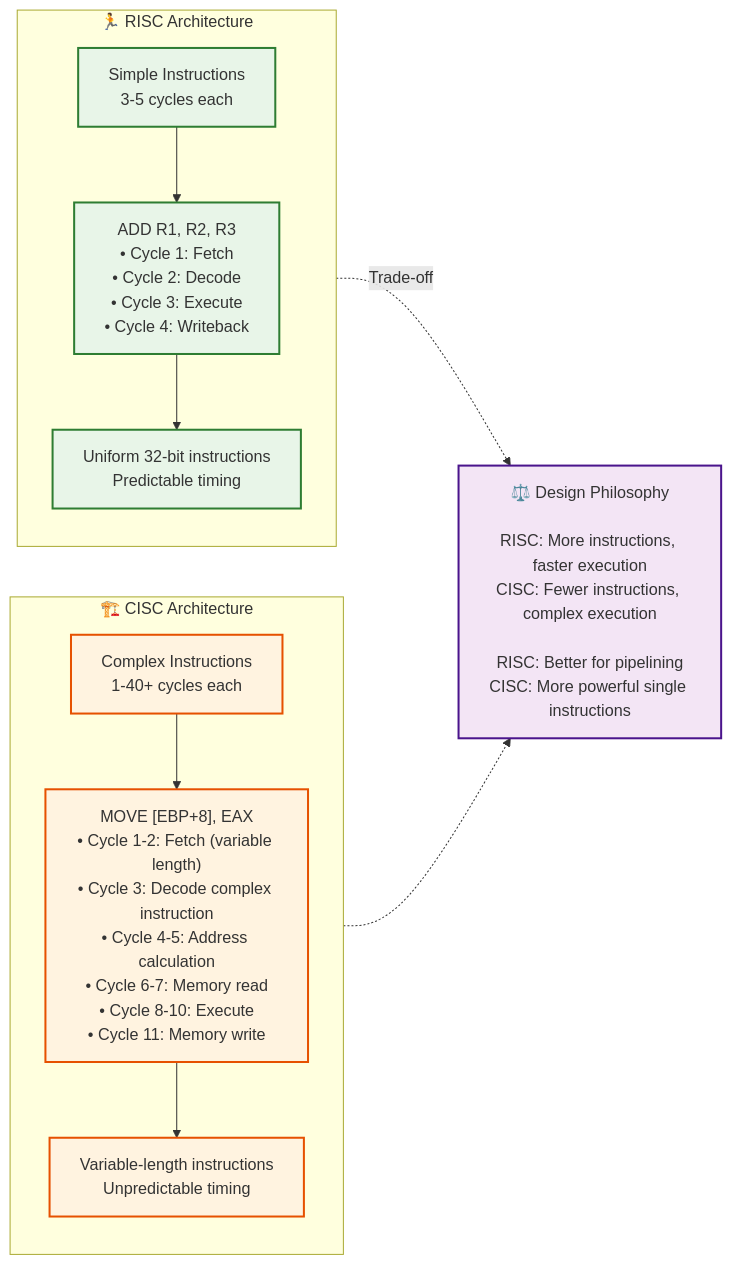
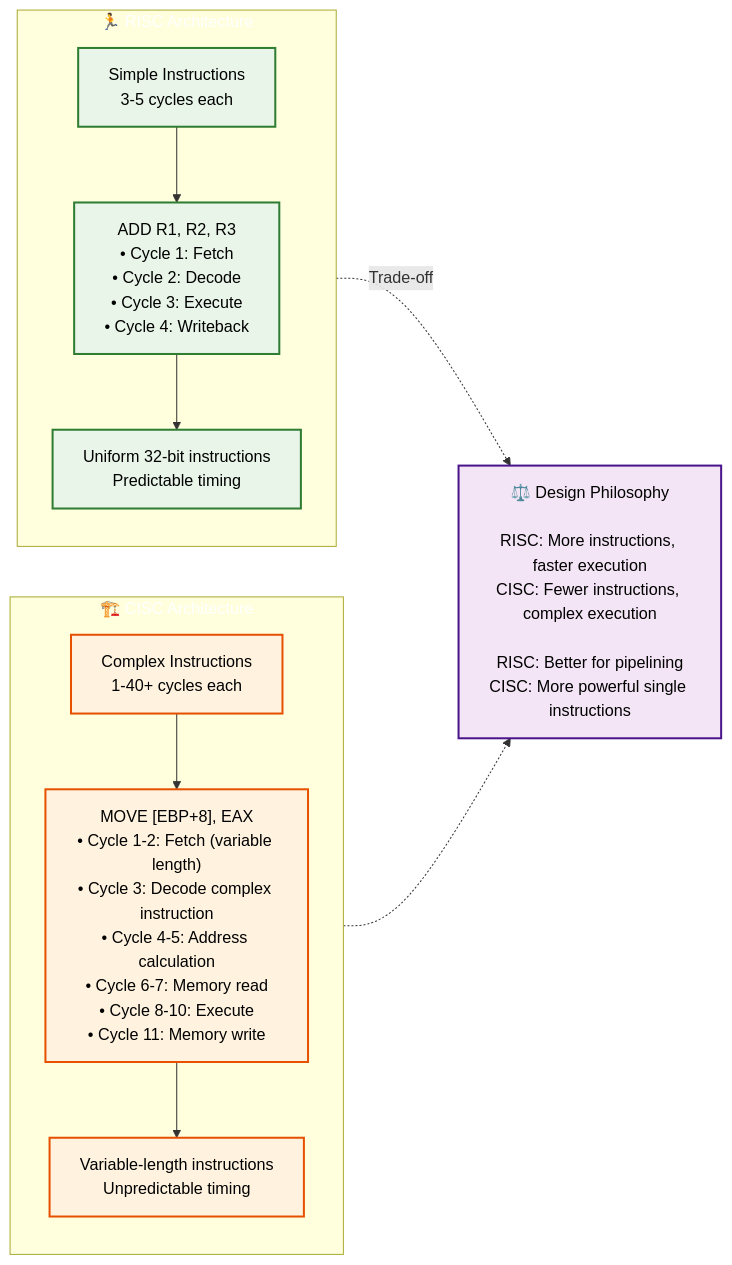
One commit to nv-mldev/system-design changed the diagram in mermaid-diagrams/15_risc_vs_cisc_cycles.mmd. Above: the diagram before and after it, drawn with Mermaid. The commit also changed 22 other files, not shown here.

````diff
--- a/mermaid-diagrams/15_risc_vs_cisc_cycles.mmd
+++ b/mermaid-diagrams/15_risc_vs_cisc_cycles.mmd
@@ -1,30 +1,32 @@
-```mermaid
+
 flowchart LR
     subgraph RISC["🏃 RISC Architecture"]
         direction TB
         R1["Simple Instructions<br/>3-5 cycles each"]
         R2["ADD R1, R2, R3<br/>• Cycle 1: Fetch<br/>• Cycle 2: Decode<br/>• Cycle 3: Execute<br/>• Cycle 4: Writeback"]
         R3["Uniform 32-bit instructions<br/>Predictable timing"]
         R1 --> R2 --> R3
     end
     
     subgraph CISC["🏗️ CISC Architecture"]
         direction TB
         C1["Complex Instructions<br/>1-40+ cycles each"]
         C2["MOVE [EBP+8], EAX<br/>• Cycle 1-2: Fetch (variable length)<br/>• Cycle 3: Decode complex instruction<br/>• Cycle 4-5: Address calculation<br/>• Cycle 6-7: Memory read<br/>• Cycle 8-10: Execute<br/>• Cycle 11: Memory write"]
         C3["Variable-length instructions<br/>Unpredictable timing"]
         C1 --> C2 --> C3
     end
     
     RISC -.->|Trade-off| Comparison["⚖️ Design Philosophy<br/><br/>RISC: More instructions, faster execution<br/>CISC: Fewer instructions, complex execution<br/><br/>RISC: Better for pipelining<br/>CISC: More powerful single instructions"]
     CISC -.-> Comparison
     
     %% Styling
-    classDef riscStyle fill:#e8f5e8,stroke:#2e7d32,stroke-width:2px
-    classDef ciscStyle fill:#fff3e0,stroke:#e65100,stroke-width:2px
-    classDef compStyle fill:#f3e5f5,stroke:#4a148c,stroke-width:2px
+    classDef riscStyle fill:#e8f5e8,stroke:#2e7d32,stroke-width:2px,color:#000000
+    classDef ciscStyle fill:#fff3e0,stroke:#e65100,stroke-width:2px,color:#000000
+    classDef compStyle fill:#f3e5f5,stroke:#4a148c,stroke-width:2px,color:#000000
+    classDef defaultStyle color:#000000
+    classDef lightText color:#ffffff 
     
     class R1,R2,R3 riscStyle
     class C1,C2,C3 ciscStyle
     class Comparison compStyle
-```
+    class RISC,CISC lightText
````
